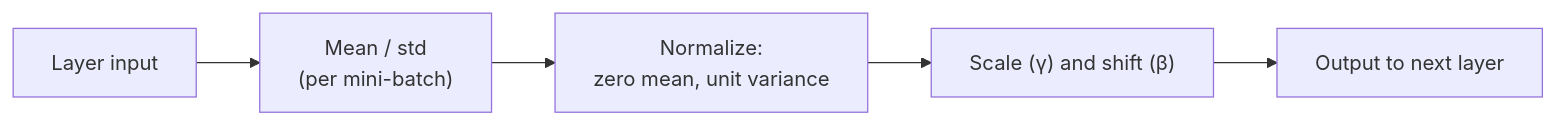
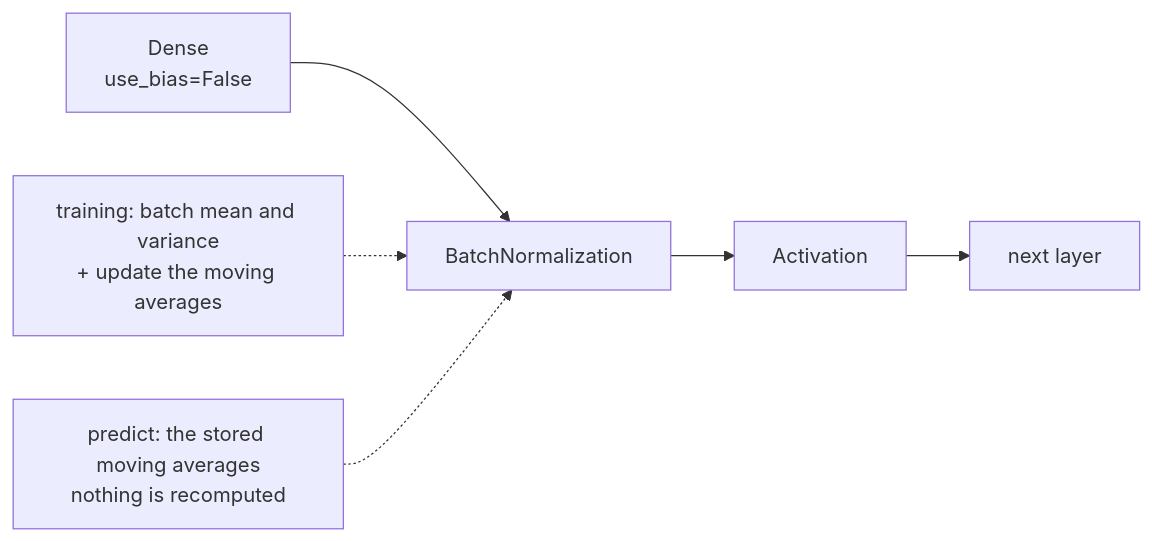
The diagram in src/content/docs/Deep Learning/Phase 02 - Training Deep Neural Networks/Batch Normalization.mdx (Ravikisha/PythonCentralHub), drawn with Mermaid before and after one commit. The commit also changed other lines of this file and 626 other files, not shown here.

````diff
--- a/src/content/docs/Deep Learning/Phase 02 - Training Deep Neural Networks/Batch Normalization.mdx
+++ b/src/content/docs/Deep Learning/Phase 02 - Training Deep Neural Networks/Batch Normalization.mdx
@@ -31,7 +107,8 @@
 ```mermaid
 flowchart LR
-  X["Layer input"] --> M["Mean / std<br/>(per mini-batch)"]
-  M --> N["Normalize:<br/>zero mean, unit variance"]
-  N --> S["Scale (γ) and shift (β)"]
-  S --> Y["Output to next layer"]
+  A["Dense<br/>use_bias=False"] --> B["BatchNormalization"]
+  B --> C["Activation"]
+  C --> D["next layer"]
+  E["training: batch mean and variance<br/>+ update the moving averages"] -.-> B
+  F["predict: the stored moving averages<br/>nothing is recomputed"] -.-> B
 ```
````
